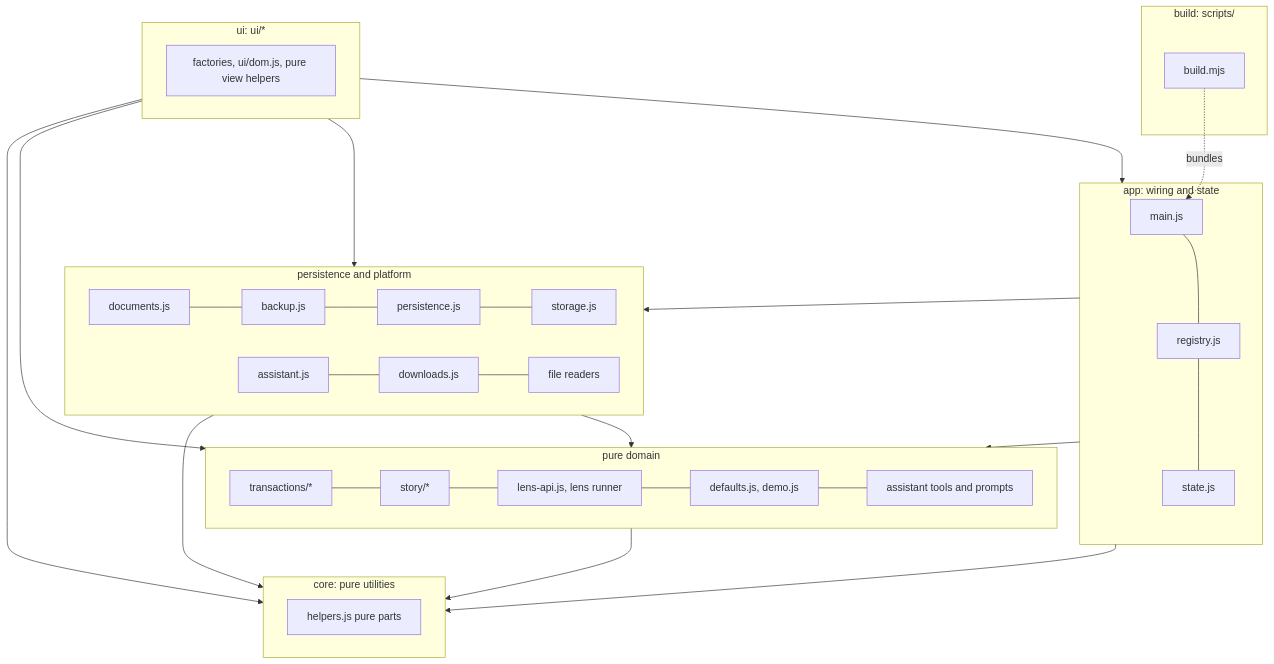
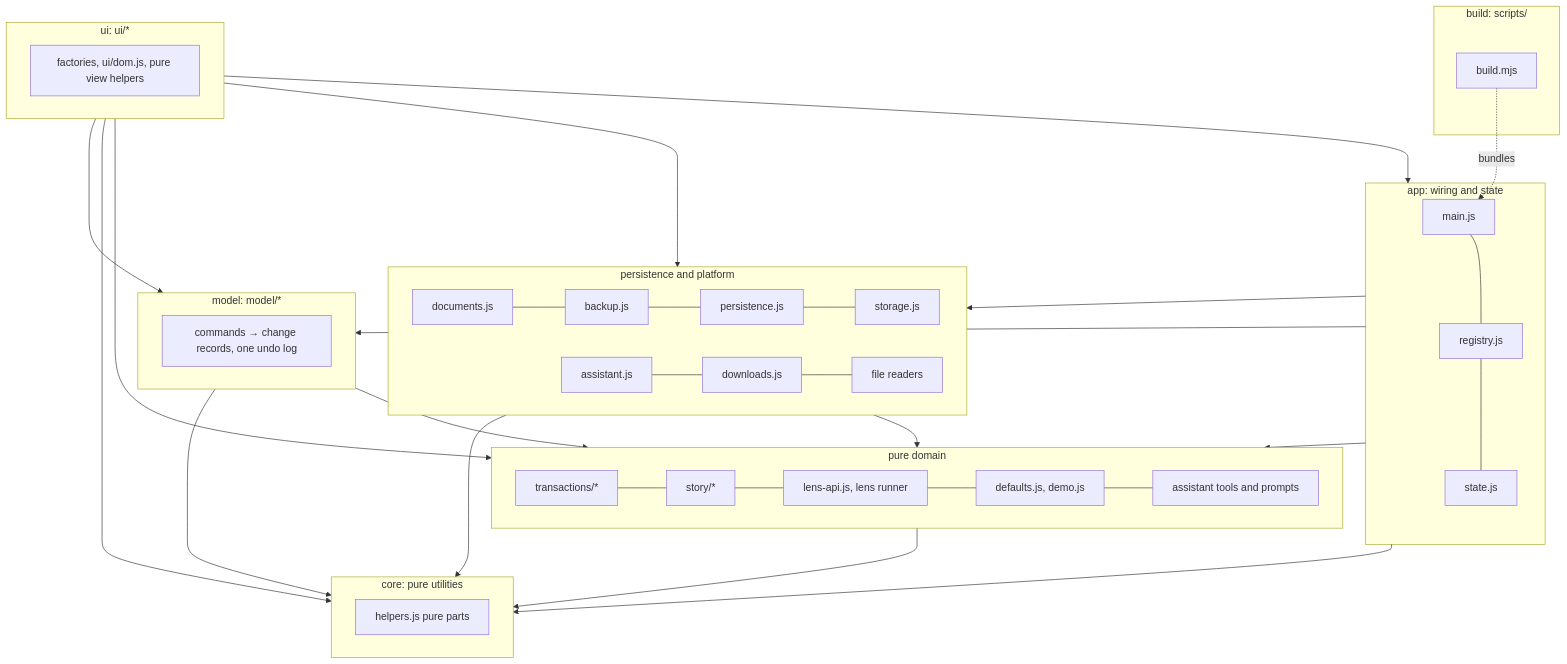
One commit to adieyal/transactions changed the first of 3 diagrams in docs/architecture.md. Above: the diagram before and after it, drawn with Mermaid. The commit also changed other lines of this file and 3 other files, not shown here.

````diff
--- a/docs/architecture.md
+++ b/docs/architecture.md
@@ -20,33 +20,40 @@
 ```mermaid
 flowchart TD
   subgraph build[build: scripts/]
     buildjs[build.mjs]
   end
   subgraph ui[ui: ui/*]
     uimods[factories, ui/dom.js, pure view helpers]
   end
   subgraph app[app: wiring and state]
     main[main.js] --- registry[registry.js] --- state[state.js]
   end
   subgraph io[persistence and platform]
     documents[documents.js] --- backup[backup.js] --- persistence[persistence.js] --- storage[storage.js]
     assistant[assistant.js] --- downloads[downloads.js] --- files[file readers]
   end
+  subgraph model[model: model/*]
+    commands[commands → change records, one undo log]
+  end
   subgraph domain[pure domain]
     transactions[transactions/*] --- story[story/*] --- lenses[lens-api.js, lens runner] --- data[defaults.js, demo.js] --- tools[assistant tools and prompts]
   end
   subgraph core[core: pure utilities]
     helpers[helpers.js pure parts]
   end
   ui --> app
   ui --> io
   ui --> domain
   ui --> core
   app --> io
+  app --> model
+  ui --> model
+  model --> domain
+  model --> core
   app --> domain
   app --> core
   io --> domain
   io --> core
   domain --> core
   buildjs -. bundles .-> main
 ```
````
